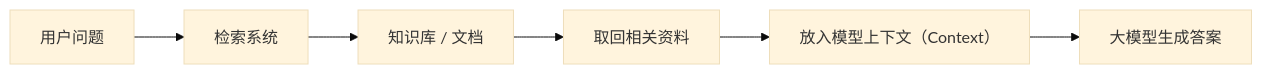
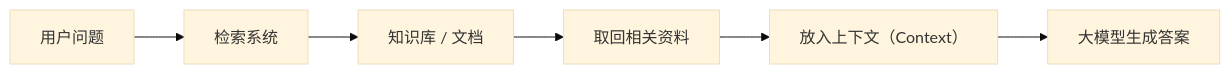
The first of 2 diagrams in docs/02-AI应用是怎样一步步发展到Agent的.md (mfkyddh/ZZZ-Simple-AI), drawn with Mermaid (base theme) before and after one commit. The commit also changed other lines of this file and 3 other files, not shown here.

````diff
--- a/docs/02-AI应用是怎样一步步发展到Agent的.md
+++ b/docs/02-AI应用是怎样一步步发展到Agent的.md
@@ -108,8 +108,8 @@
 ```mermaid
 flowchart LR
     A["用户问题"] --> B["检索系统"]
     B --> C["知识库 / 文档"]
     C --> D["取回相关资料"]
-    D --> E["放入模型上下文（Context）"]
+    D --> E["放入上下文（Context）"]
     E --> F["大模型生成答案"]
 ```
````
